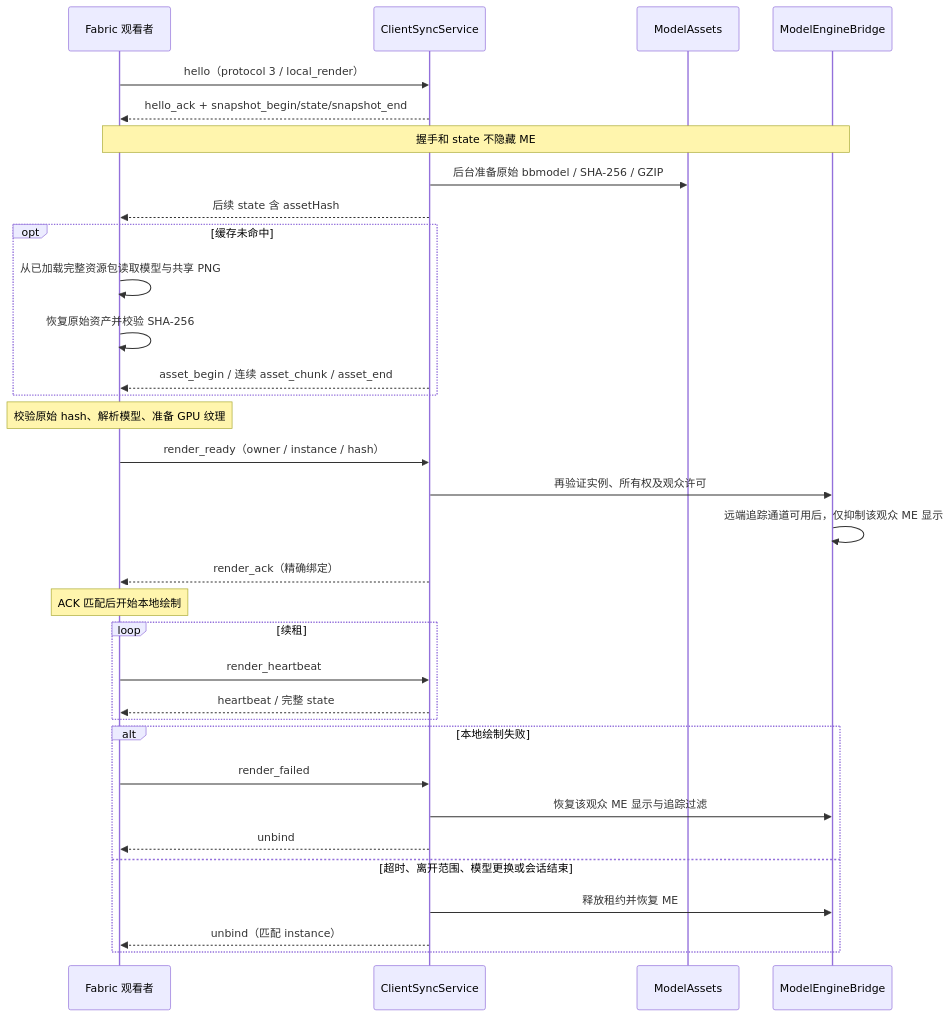
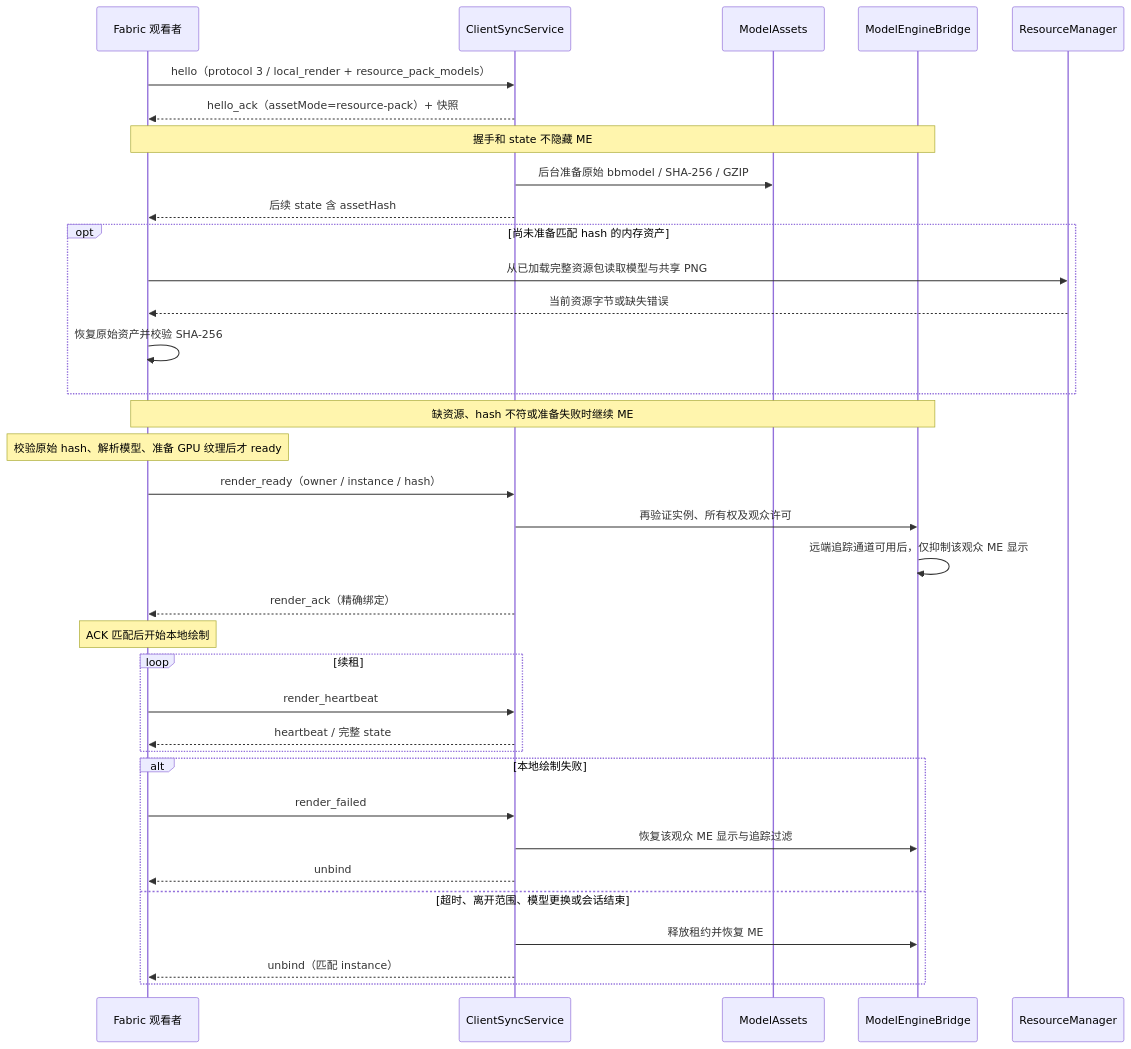
Before and after one commit to uwuhhhj/MEPlayerActions: the second of 2 diagrams in ARCHITECTURE.md, drawn with Mermaid. The commit also changed other lines of this file and 5 other files, not shown here.

````diff
--- a/ARCHITECTURE.md
+++ b/ARCHITECTURE.md
@@ -175,35 +184,37 @@
 ```mermaid
 sequenceDiagram
     participant C as Fabric 观看者
     participant S as ClientSyncService
     participant A as ModelAssets
     participant M as ModelEngineBridge
-    C->>S: hello（protocol 3 / local_render）
-    S-->>C: hello_ack + snapshot_begin/state/snapshot_end
+    participant R as ResourceManager
+    C->>S: hello（protocol 3 / local_render + resource_pack_models）
+    S-->>C: hello_ack（assetMode=resource-pack）+ 快照
     Note over C,M: 握手和 state 不隐藏 ME
     S->>A: 后台准备原始 bbmodel / SHA-256 / GZIP
     S-->>C: 后续 state 含 assetHash
-    opt 缓存未命中
-        C->>C: 从已加载完整资源包读取模型与共享 PNG
+    opt 尚未准备匹配 hash 的内存资产
+        C->>R: 从已加载完整资源包读取模型与共享 PNG
+        R-->>C: 当前资源字节或缺失错误
         C->>C: 恢复原始资产并校验 SHA-256
-        S-->>C: asset_begin / 连续 asset_chunk / asset_end
     end
-    Note over C: 校验原始 hash、解析模型、准备 GPU 纹理
+    Note over C,M: 缺资源、hash 不符或准备失败时继续 ME
+    Note over C: 校验原始 hash、解析模型、准备 GPU 纹理后才 ready
     C->>S: render_ready（owner / instance / hash）
     S->>M: 再验证实例、所有权及观众许可
     M->>M: 远端追踪通道可用后，仅抑制该观众 ME 显示
     S-->>C: render_ack（精确绑定）
     Note over C: ACK 匹配后开始本地绘制
     loop 续租
         C->>S: render_heartbeat
         S-->>C: heartbeat / 完整 state
     end
     alt 本地绘制失败
         C->>S: render_failed
         S->>M: 恢复该观众 ME 显示与追踪过滤
         S-->>C: unbind
     else 超时、离开范围、模型更换或会话结束
         S->>M: 释放租约并恢复 ME
         S-->>C: unbind（匹配 instance）
     end
 ```
````
